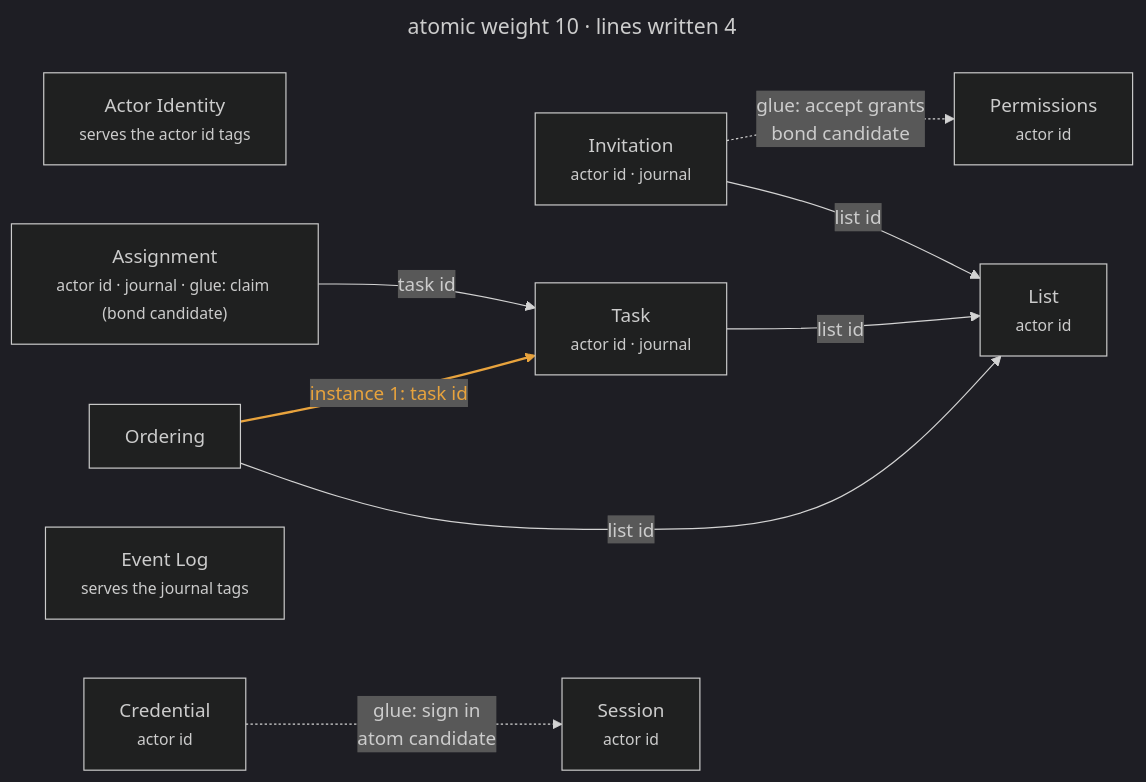
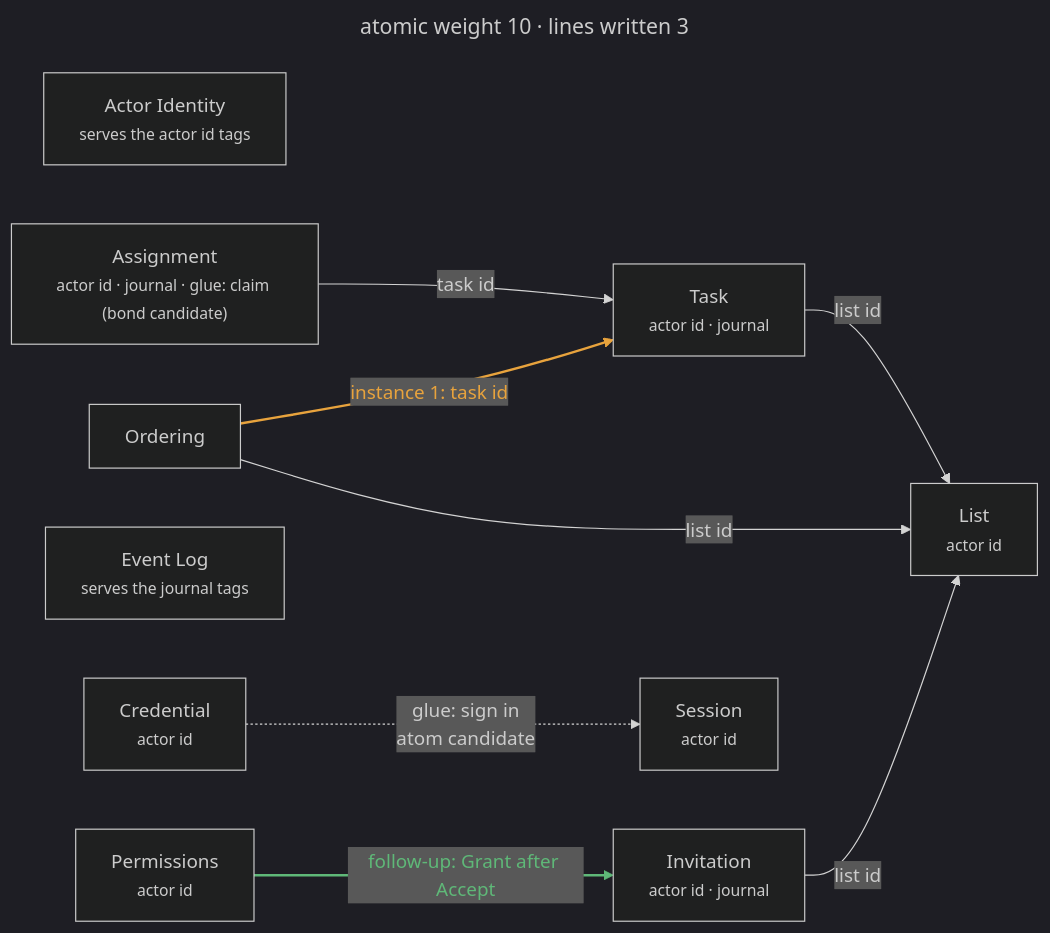
One commit to scottromack/grace-commons changed the diagram in library/apps/todo/connections.md. Above: the diagram before and after it, drawn with Mermaid. The commit also changed other lines of this file and 11 other files, not shown here.

````diff
--- a/library/apps/todo/connections.md
+++ b/library/apps/todo/connections.md
@@ -15,25 +15,26 @@
 ```mermaid
 ---
-title: atomic weight 10 · lines written 4
+title: atomic weight 10 · lines written 3
 ---
 %%{init: {"theme": "dark", "flowchart": {"htmlLabels": true}} }%%
 flowchart LR
   c_actor_identity["Actor Identity<br/><small>serves the actor id tags</small>"]
   c_assignment["Assignment<br/><small>actor id · journal · glue: claim (bond candidate)</small>"]
   c_credential["Credential<br/><small>actor id</small>"]
   c_event_log["Event Log<br/><small>serves the journal tags</small>"]
   c_invitation["Invitation<br/><small>actor id · journal</small>"]
   c_list["List<br/><small>actor id</small>"]
   c_ordering["Ordering"]
   c_permissions["Permissions<br/><small>actor id</small>"]
   c_session["Session<br/><small>actor id</small>"]
   c_task["Task<br/><small>actor id · journal</small>"]
   c_assignment -->|"task id"| c_task
   c_invitation -->|"list id"| c_list
   c_ordering -->|"list id"| c_list
+  c_permissions -->|"follow-up: Grant after Accept"| c_invitation
   c_task -->|"list id"| c_list
   c_ordering -->|"instance 1: task id"| c_task
   c_credential -.->|"glue: sign in<br/>atom candidate"| c_session
-  c_invitation -.->|"glue: accept grants<br/>bond candidate"| c_permissions
-  linkStyle 4 stroke:#e8a33d,stroke-width:2px,color:#e8a33d
+  linkStyle 3 stroke:#5fb878,stroke-width:2px,color:#5fb878
+  linkStyle 5 stroke:#e8a33d,stroke-width:2px,color:#e8a33d
 ```
````
